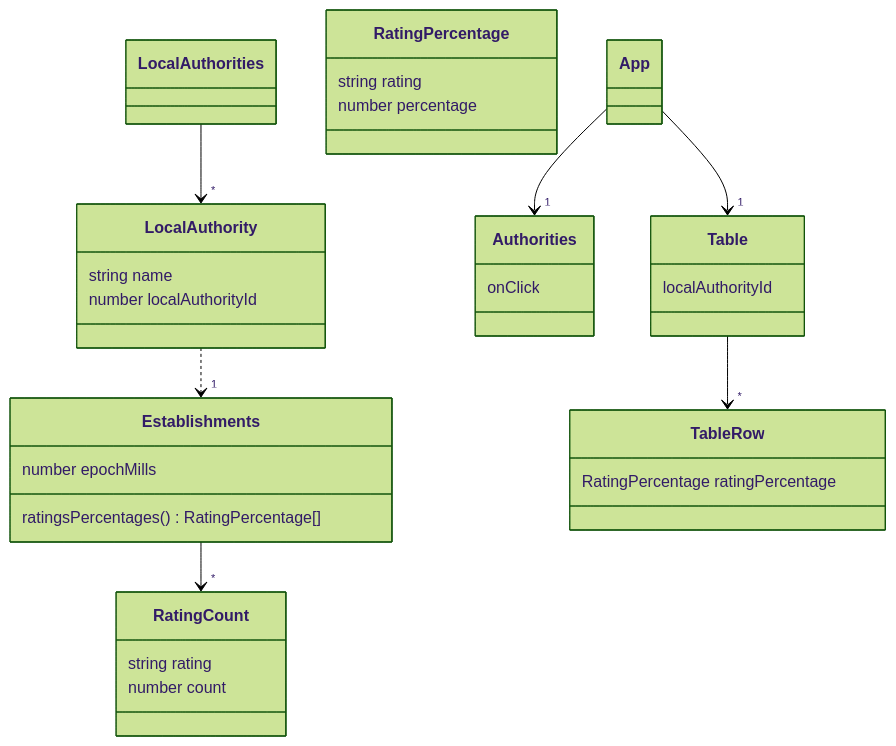
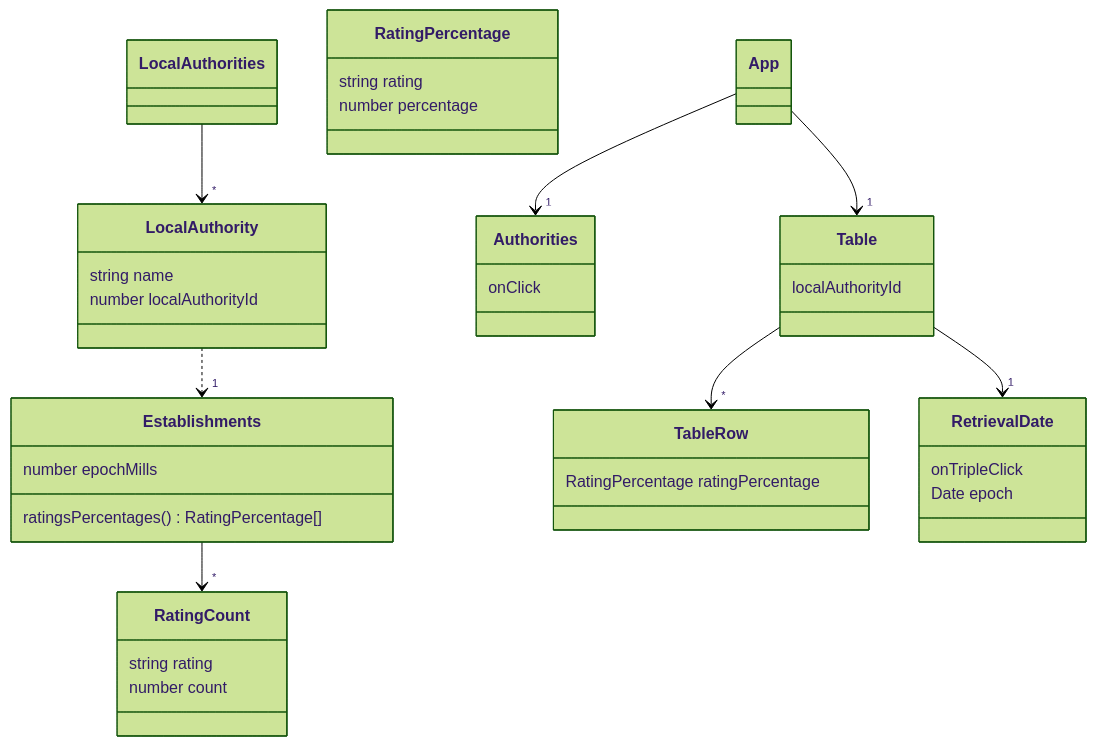
The diagram in README.md (jg210/spring-experiments), drawn with Mermaid (forest theme) before and after one commit.

Commit message:
Add RetrievalDate component to mermaid class diagram in README.

````diff
--- a/README.md
+++ b/README.md
@@ -18,39 +18,44 @@
 ```mermaid
 classDiagram
     %% Data Model
     class LocalAuthorities {
     }
     class LocalAuthority {
         string name
         number localAuthorityId
     }
     class Establishments {
         number epochMills
         ratingsPercentages() RatingPercentage[]
     }
     class RatingCount {
         string rating
         number count
     }
     class RatingPercentage {
        string rating
        number percentage
     }
     %% Components
     class Authorities {
          onClick
     }
     class Table {
         localAuthorityId
     }
     class TableRow {
         RatingPercentage ratingPercentage
     }
+    class RetrievalDate {
+        onTripleClick
+        Date epoch
+    }
     %% Relationships
     LocalAuthorities --> "*" LocalAuthority
     LocalAuthority ..> "1" Establishments
     Establishments --> "*" RatingCount
     App --> "1" Authorities
     App --> "1" Table
     Table --> "*" TableRow
+    Table --> "1" RetrievalDate
 ```
````
